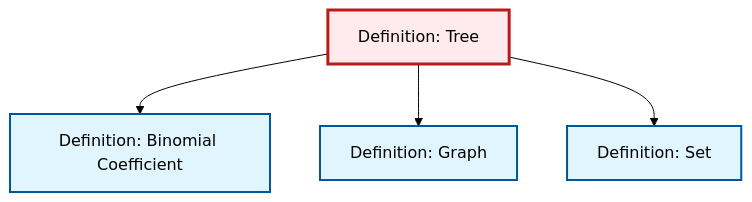
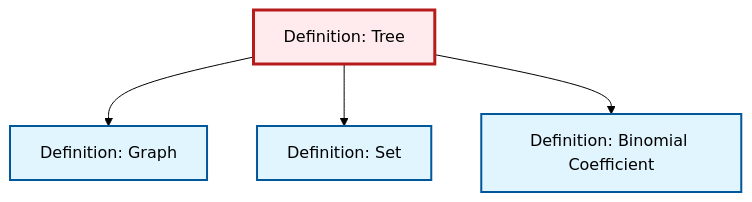
One commit to RK0429/ModernMath changed the diagram in content/en/combinatorics/def-tree.qmd. Above: the diagram before and after it, drawn with Mermaid (forest theme). The commit also changed other lines of this file and 531 other files, not shown here.

````diff
--- a/content/en/combinatorics/def-tree.qmd
+++ b/content/en/combinatorics/def-tree.qmd
@@ -136,20 +136,20 @@
 ```{mermaid}
 %%| fig-cap: "Local dependency graph"
 graph TD
     classDef definition fill:#e1f5fe,stroke:#01579b,stroke-width:2px
     classDef theorem fill:#f3e5f5,stroke:#4a148c,stroke-width:2px
     classDef axiom fill:#fff3e0,stroke:#e65100,stroke-width:2px
     classDef example fill:#e8f5e9,stroke:#1b5e20,stroke-width:2px
     classDef current fill:#ffebee,stroke:#b71c1c,stroke-width:3px
+    def-tree["Definition: Tree"]:::definition
+    def-graph["Definition: Graph"]:::definition
     def-set["Definition: Set"]:::definition
-    def-graph["Definition: Graph"]:::definition
-    def-tree["Definition: Tree"]:::definition
     def-binomial-coefficient["Definition: Binomial Coefficient"]:::definition
-    def-tree --> def-binomial-coefficient
     def-tree --> def-graph
     def-tree --> def-set
+    def-tree --> def-binomial-coefficient
     class def-tree current
+    click def-graph "def-graph.html" "Go to Graph definition"
     click def-set "def-set.html" "Go to Set definition"
-    click def-graph "def-graph.html" "Go to Graph definition"
     click def-binomial-coefficient "def-binomial-coefficient.html" "Go to Binomial Coefficient definition"
 ```
````
